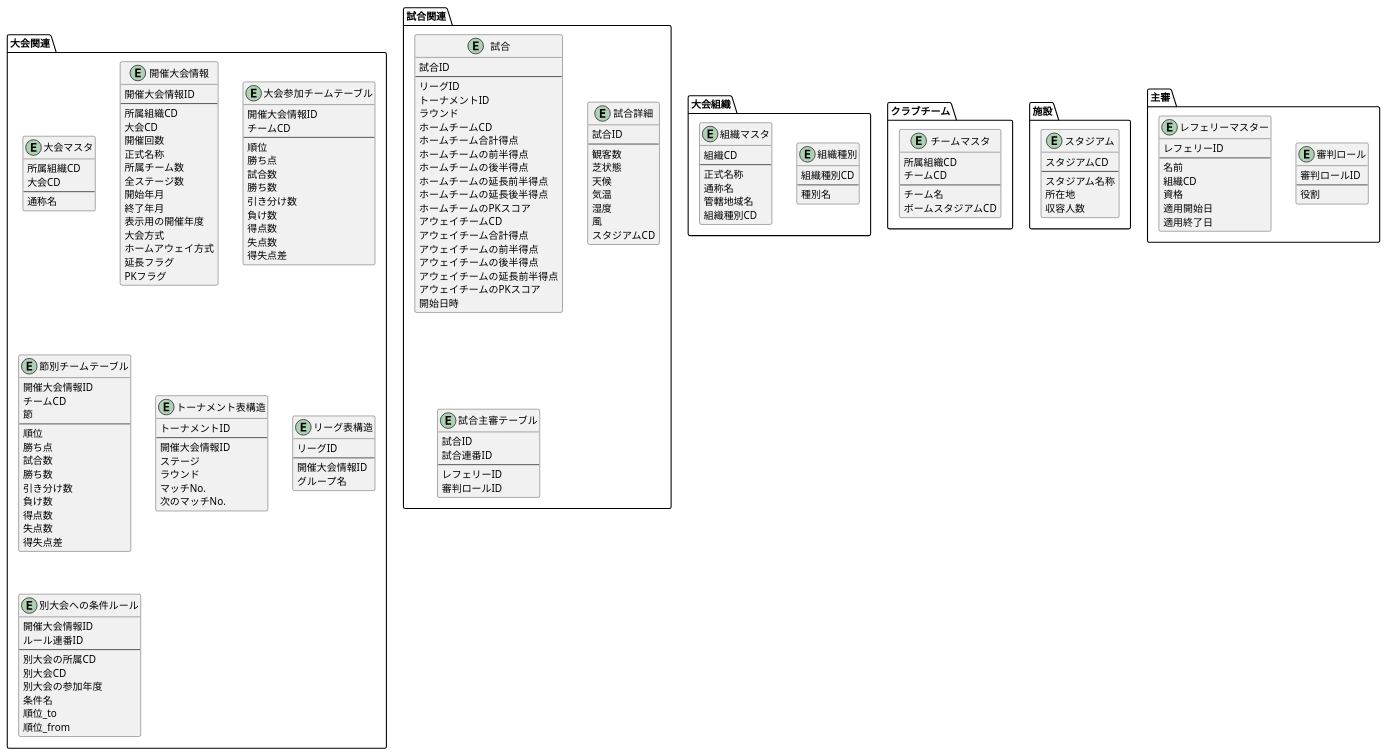
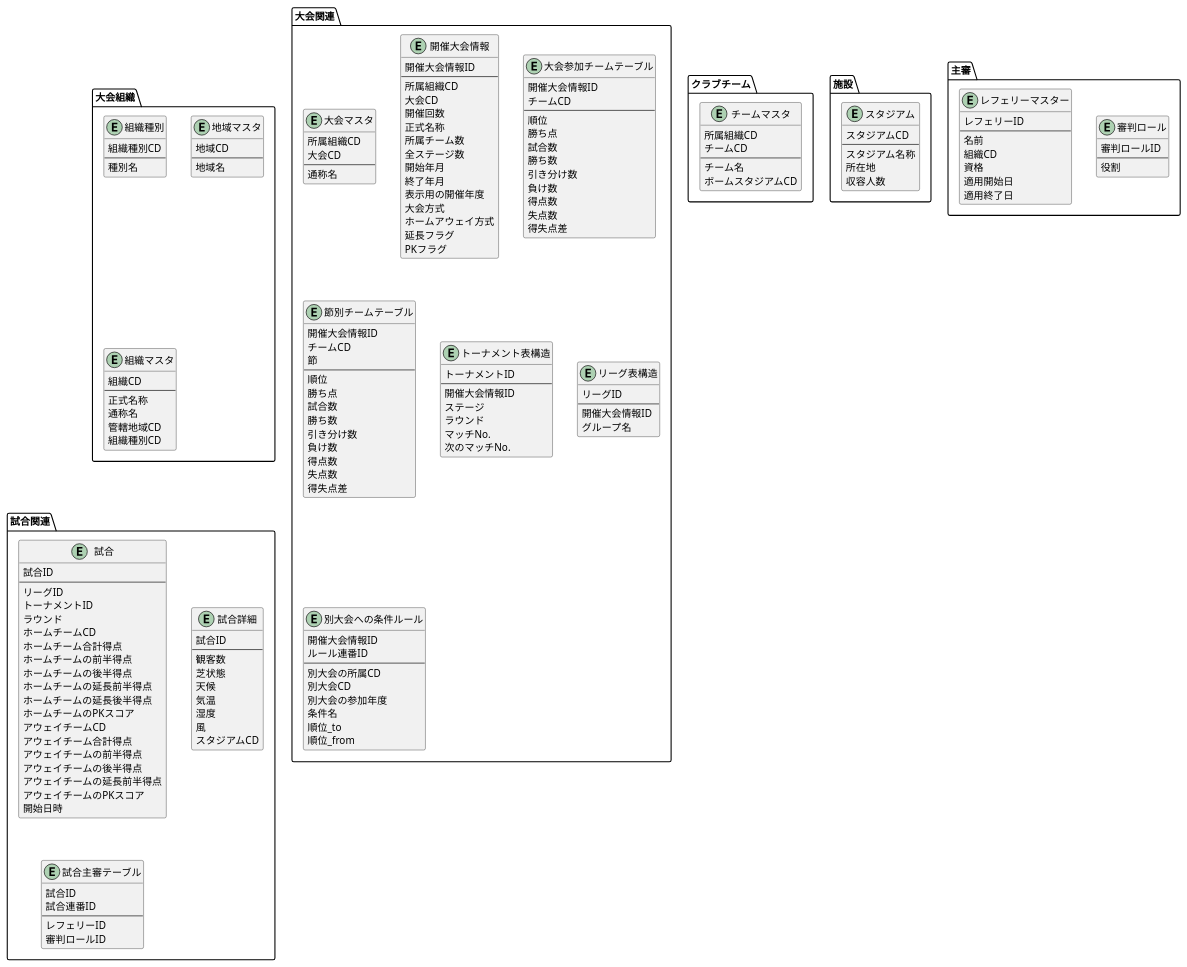
The diagram in soccker_db.puml (LCC-SYamada/SocckerDB_PlantUML), drawn with PlantUML before and after one commit.

Commit message:
地域マスタに変更

```diff
--- a/soccker_db.puml
+++ b/soccker_db.puml
@@ -1,188 +1,194 @@
 @startuml
 
 package "大会組織" {
   Entity "組織種別" as OrganizationType {
     組織種別CD
     --
     種別名
   }
 
+  Entity "地域マスタ" as Region {
+    地域CD
+    --
+    地域名
+  }
+
   Entity "組織マスタ" as Organization {
     組織CD
     --
     正式名称
     通称名
-    管轄地域名
+    管轄地域CD
     組織種別CD
   }
 }
 
 Package "クラブチーム" {
   Entity "チームマスタ" as Team {
     所属組織CD
     チームCD
     --
     チーム名
     ボームスタジアムCD
   }
 }
 
 Package "施設" {
   Entity "スタジアム" as Stadium {
     スタジアムCD
     --
     スタジアム名称
     所在地
     収容人数
   }
 }
 
 Package "大会関連" {
   Entity "大会マスタ" as Tournament {
     所属組織CD
     大会CD
     --
     通称名
   }
 
   Entity "開催大会情報" as TournamentInfo {
     開催大会情報ID
     --
     所属組織CD
     大会CD
     開催回数
     正式名称
     所属チーム数
     全ステージ数
     開始年月
     終了年月
     表示用の開催年度
     大会方式
     ホームアウェイ方式
     延長フラグ
     PKフラグ
   }
 
   Entity "大会参加チームテーブル" as SeaSonTournament {
     開催大会情報ID
     チームCD
     --
     順位
     勝ち点
     試合数
     勝ち数
     引き分け数
     負け数
     得点数
     失点数
     得失点差  
   }
 
   Entity "節別チームテーブル" as MatchDayRank {
     開催大会情報ID
     チームCD
     節
     --
     順位
     勝ち点
     試合数
     勝ち数
     引き分け数
     負け数
     得点数
     失点数
     得失点差  
   }
 
   Entity "トーナメント表構造" as TournamentTable {
     トーナメントID
     --
     開催大会情報ID
     ステージ
     ラウンド
     マッチNo.
     次のマッチNo.
   }
 
   Entity "リーグ表構造" as LeagueTable {
     リーグID
     --
     開催大会情報ID
     グループ名
   }
 
   Entity "別大会への条件ルール" as TournamentDetail {
     開催大会情報ID
     ルール連番ID
     --
     別大会の所属CD
     別大会CD
     別大会の参加年度
     条件名
     順位_to
     順位_from
   }
 }
 
 Package "試合関連" {
   Entity "試合" as Match {
     試合ID
     --
     リーグID
     トーナメントID
     ラウンド
     ホームチームCD
     ホームチーム合計得点
     ホームチームの前半得点
     ホームチームの後半得点
     ホームチームの延長前半得点
     ホームチームの延長後半得点
     ホームチームのPKスコア
     アウェイチームCD
     アウェイチーム合計得点
     アウェイチームの前半得点
     アウェイチームの後半得点
     アウェイチームの延長前半得点
     アウェイチームのPKスコア
     開始日時
   }
   Entity "試合詳細" as MatchInfo {
     試合ID
     --
     観客数
     芝状態
     天候
     気温
     湿度
     風
     スタジアムCD
   }
 
   Entity "試合主審テーブル" as MatchReferee {
     試合ID
     試合連番ID
     --
     レフェリーID
     審判ロールID
   }
 }
 
 Package "主審" {
   Entity "審判ロール" as RefereeRole {
     審判ロールID
     --
     役割
   }
 
   Entity "レフェリーマスター" as Referee {
     レフェリーID
     --
     名前
     組織CD
     資格
     適用開始日
     適用終了日
   }
 }
 
 @enduml
```
